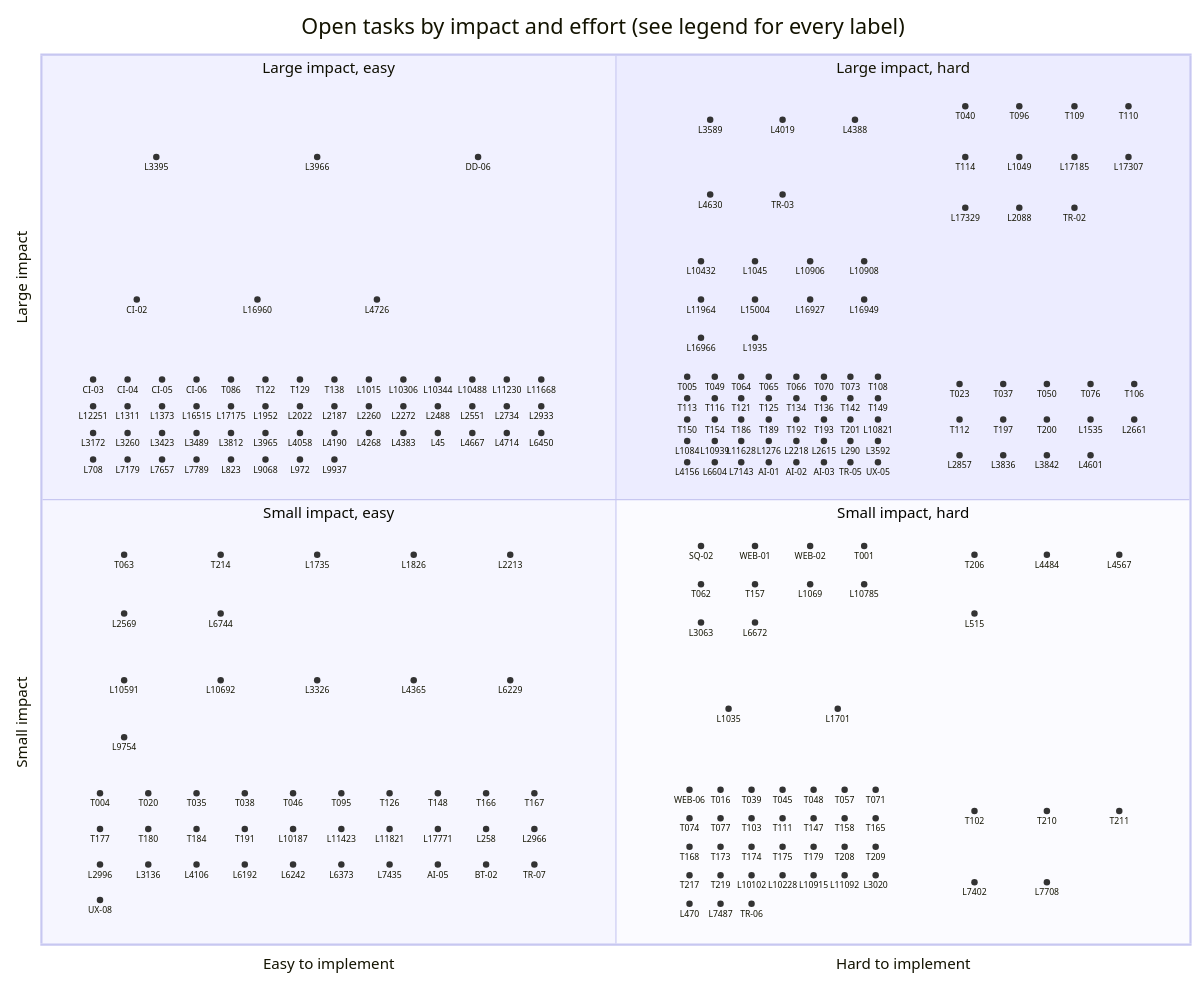
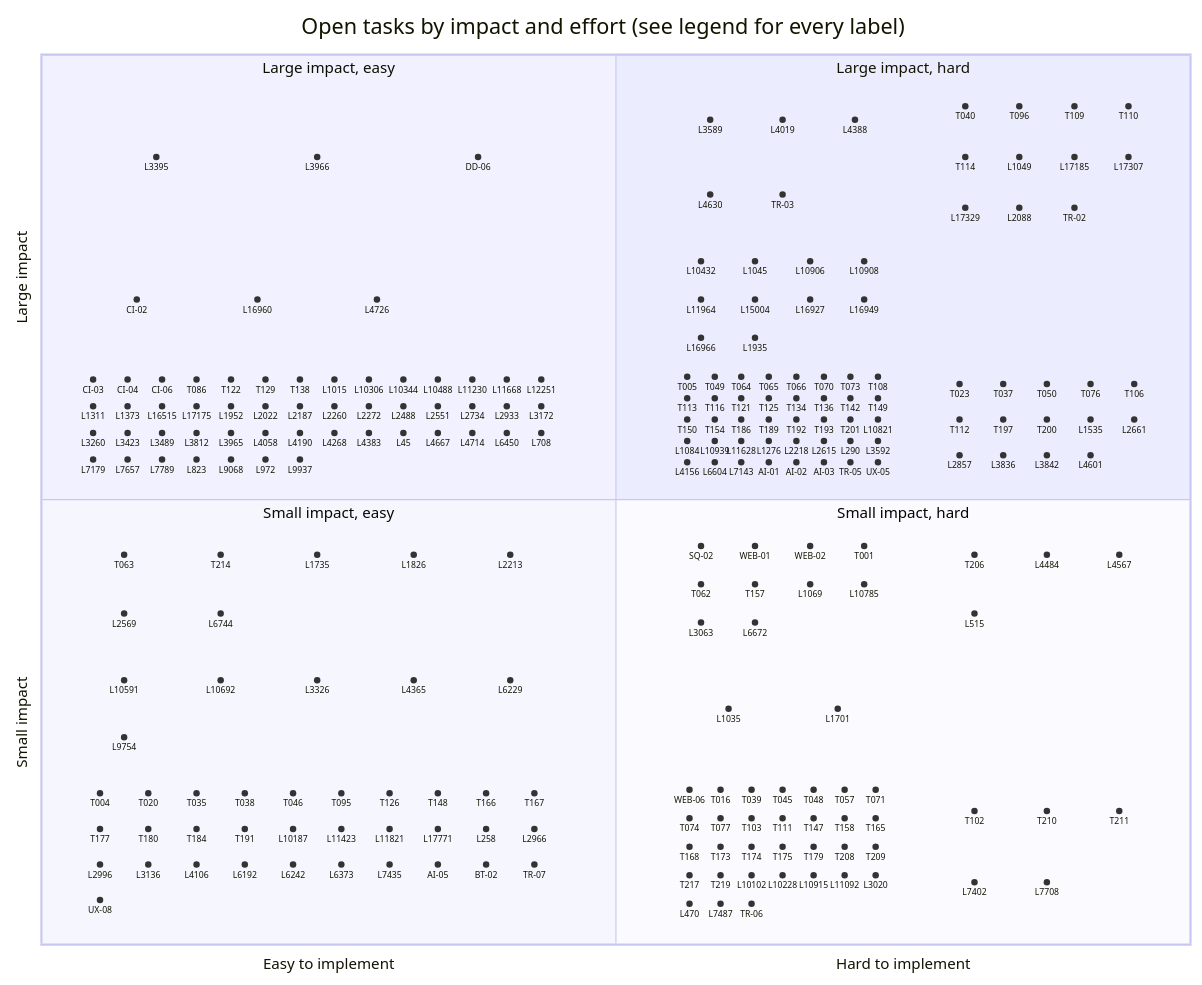
One commit to falkcorp/audiobook-organizer changed the diagram in docs/agent-tasks/todo-completion-2026-09/QUADRANT.md. Above: the diagram before and after it, drawn with Mermaid. The commit also changed other lines of this file and 3 other files, not shown here.

```diff
--- a/docs/agent-tasks/todo-completion-2026-09/QUADRANT.md
+++ b/docs/agent-tasks/todo-completion-2026-09/QUADRANT.md
@@ -71,54 +71,53 @@
     L1935: [0.621, 0.682]
     CI-03: [0.045, 0.635]
     CI-04: [0.075, 0.635]
-    CI-05: [0.105, 0.635]
-    CI-06: [0.135, 0.635]
-    T086: [0.165, 0.635]
-    T122: [0.195, 0.635]
-    T129: [0.225, 0.635]
-    T138: [0.255, 0.635]
-    L1015: [0.285, 0.635]
-    L10306: [0.315, 0.635]
-    L10344: [0.345, 0.635]
-    L10488: [0.375, 0.635]
-    L11230: [0.405, 0.635]
-    L11668: [0.435, 0.635]
-    L12251: [0.045, 0.605]
-    L1311: [0.075, 0.605]
-    L1373: [0.105, 0.605]
-    L16515: [0.135, 0.605]
-    L17175: [0.165, 0.605]
-    L1952: [0.195, 0.605]
-    L2022: [0.225, 0.605]
-    L2187: [0.255, 0.605]
-    L2260: [0.285, 0.605]
-    L2272: [0.315, 0.605]
-    L2488: [0.345, 0.605]
-    L2551: [0.375, 0.605]
-    L2734: [0.405, 0.605]
-    L2933: [0.435, 0.605]
-    L3172: [0.045, 0.575]
-    L3260: [0.075, 0.575]
-    L3423: [0.105, 0.575]
-    L3489: [0.135, 0.575]
-    L3812: [0.165, 0.575]
-    L3965: [0.195, 0.575]
-    L4058: [0.225, 0.575]
-    L4190: [0.255, 0.575]
-    L4268: [0.285, 0.575]
-    L4383: [0.315, 0.575]
-    L45: [0.345, 0.575]
-    L4667: [0.375, 0.575]
-    L4714: [0.405, 0.575]
-    L6450: [0.435, 0.575]
-    L708: [0.045, 0.545]
-    L7179: [0.075, 0.545]
-    L7657: [0.105, 0.545]
-    L7789: [0.135, 0.545]
-    L823: [0.165, 0.545]
-    L9068: [0.195, 0.545]
-    L972: [0.225, 0.545]
-    L9937: [0.255, 0.545]
+    CI-06: [0.105, 0.635]
+    T086: [0.135, 0.635]
+    T122: [0.165, 0.635]
+    T129: [0.195, 0.635]
+    T138: [0.225, 0.635]
+    L1015: [0.255, 0.635]
+    L10306: [0.285, 0.635]
+    L10344: [0.315, 0.635]
+    L10488: [0.345, 0.635]
+    L11230: [0.375, 0.635]
+    L11668: [0.405, 0.635]
+    L12251: [0.435, 0.635]
+    L1311: [0.045, 0.605]
+    L1373: [0.075, 0.605]
+    L16515: [0.105, 0.605]
+    L17175: [0.135, 0.605]
+    L1952: [0.165, 0.605]
+    L2022: [0.195, 0.605]
+    L2187: [0.225, 0.605]
+    L2260: [0.255, 0.605]
+    L2272: [0.285, 0.605]
+    L2488: [0.315, 0.605]
+    L2551: [0.345, 0.605]
+    L2734: [0.375, 0.605]
+    L2933: [0.405, 0.605]
+    L3172: [0.435, 0.605]
+    L3260: [0.045, 0.575]
+    L3423: [0.075, 0.575]
+    L3489: [0.105, 0.575]
+    L3812: [0.135, 0.575]
+    L3965: [0.165, 0.575]
+    L4058: [0.195, 0.575]
+    L4190: [0.225, 0.575]
+    L4268: [0.255, 0.575]
+    L4383: [0.285, 0.575]
+    L45: [0.315, 0.575]
+    L4667: [0.345, 0.575]
+    L4714: [0.375, 0.575]
+    L6450: [0.405, 0.575]
+    L708: [0.435, 0.575]
+    L7179: [0.045, 0.545]
+    L7657: [0.075, 0.545]
+    L7789: [0.105, 0.545]
+    L823: [0.135, 0.545]
+    L9068: [0.165, 0.545]
+    L972: [0.195, 0.545]
+    L9937: [0.225, 0.545]
     T005: [0.562, 0.638]
     T049: [0.586, 0.638]
     T064: [0.609, 0.638]
```
